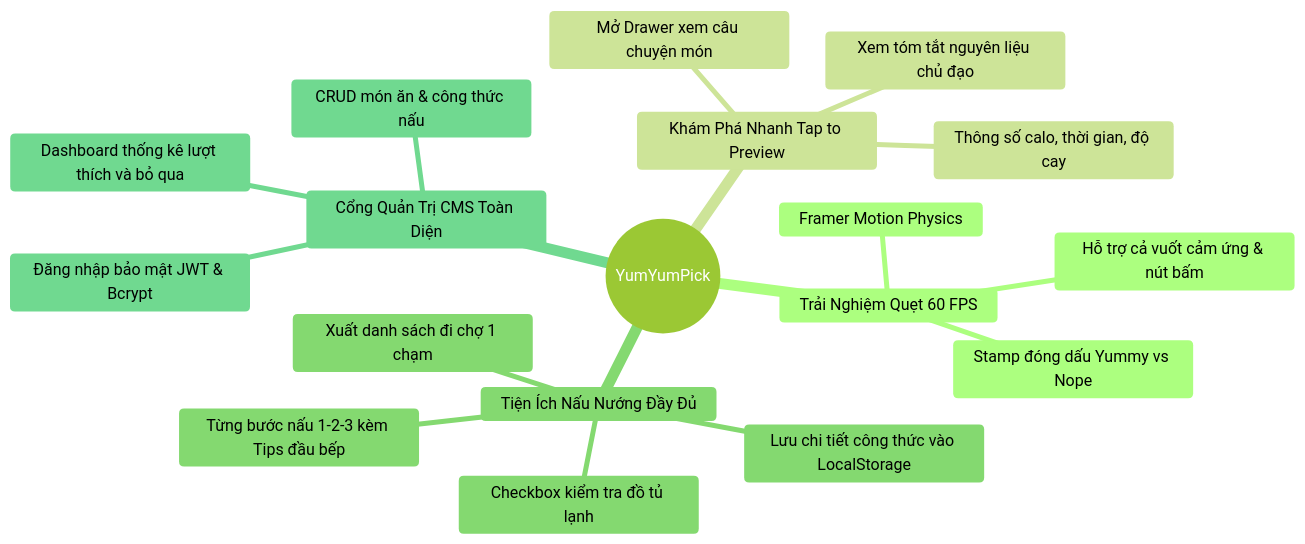
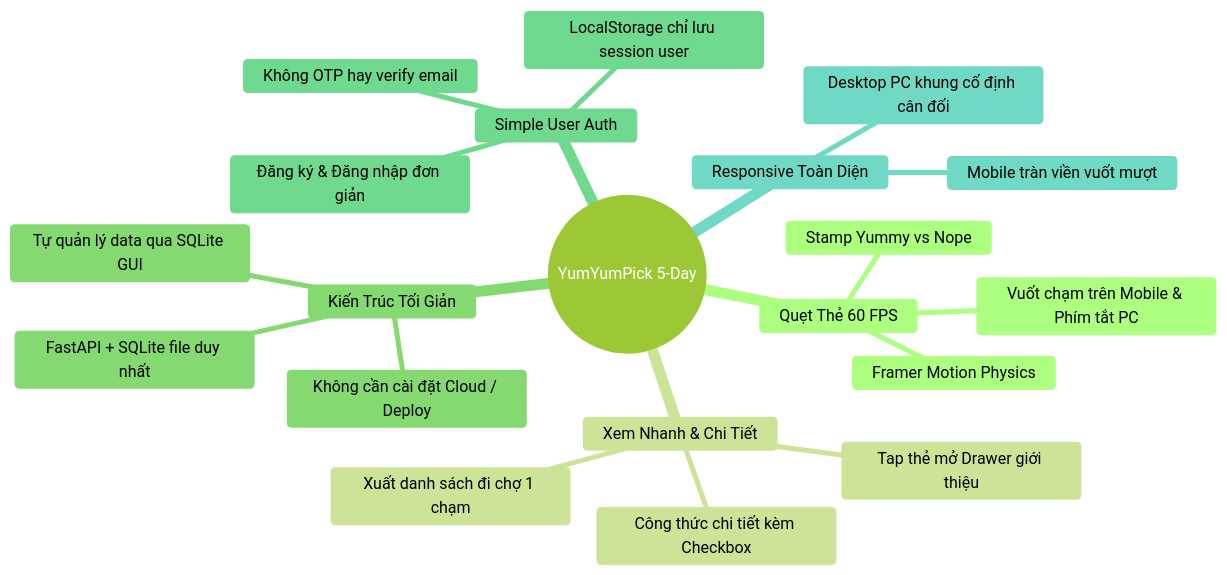
One commit to snowwminhduc1212/YumYumPick changed the second of 3 diagrams in docs/00_PROJECT_OVERVIEW.md. Above: the diagram before and after it, drawn with Mermaid (forest theme). The commit also changed other lines of this file and 9 other files, not shown here.

Commit message:
refactor: simplify project scope to 5-day sprint with SQLite, simple auth, responsive UI and parallel tasks

````diff
--- a/docs/00_PROJECT_OVERVIEW.md
+++ b/docs/00_PROJECT_OVERVIEW.md
@@ -44,21 +39,23 @@
 ```mermaid
 mindmap
-  root((YumYumPick))
-    Trải Nghiệm Quẹt 60 FPS
+  root((YumYumPick 5-Day))
+    Quẹt Thẻ 60 FPS
       Framer Motion Physics
-      Stamp đóng dấu Yummy vs Nope
-      Hỗ trợ cả vuốt cảm ứng & nút bấm
-    Khám Phá Nhanh Tap to Preview
-      Mở Drawer xem câu chuyện món
-      Thông số calo, thời gian, độ cay
-      Xem tóm tắt nguyên liệu chủ đạo
-    Tiện Ích Nấu Nướng Đầy Đủ
-      Lưu chi tiết công thức vào LocalStorage
-      Checkbox kiểm tra đồ tủ lạnh
-      Từng bước nấu 1-2-3 kèm Tips đầu bếp
+      Stamp Yummy vs Nope
+      Vuốt chạm trên Mobile & Phím tắt PC
+    Xem Nhanh & Chi Tiết
+      Tap thẻ mở Drawer giới thiệu
+      Công thức chi tiết kèm Checkbox
       Xuất danh sách đi chợ 1 chạm
-    Cổng Quản Trị CMS Toàn Diện
-      Đăng nhập bảo mật JWT & Bcrypt
-      CRUD món ăn & công thức nấu
-      Dashboard thống kê lượt thích và bỏ qua
+    Kiến Trúc Tối Giản
+      FastAPI + SQLite file duy nhất
+      Không cần cài đặt Cloud / Deploy
+      Tự quản lý data qua SQLite GUI
+    Simple User Auth
+      Đăng ký & Đăng nhập đơn giản
+      Không OTP hay verify email
+      LocalStorage chỉ lưu session user
+    Responsive Toàn Diện
+      Mobile tràn viền vuốt mượt
+      Desktop PC khung cố định cân đối
 ```
````
